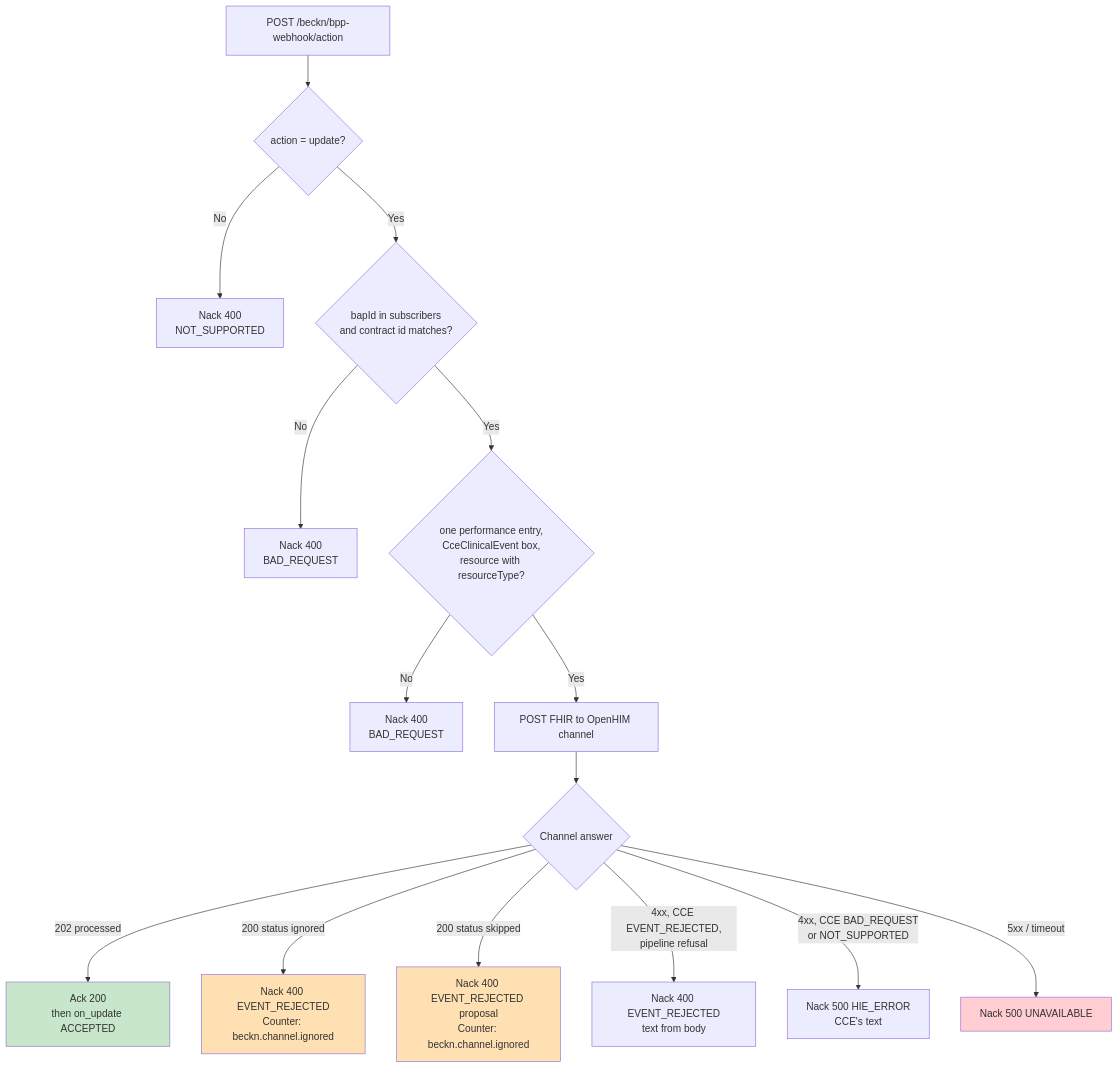
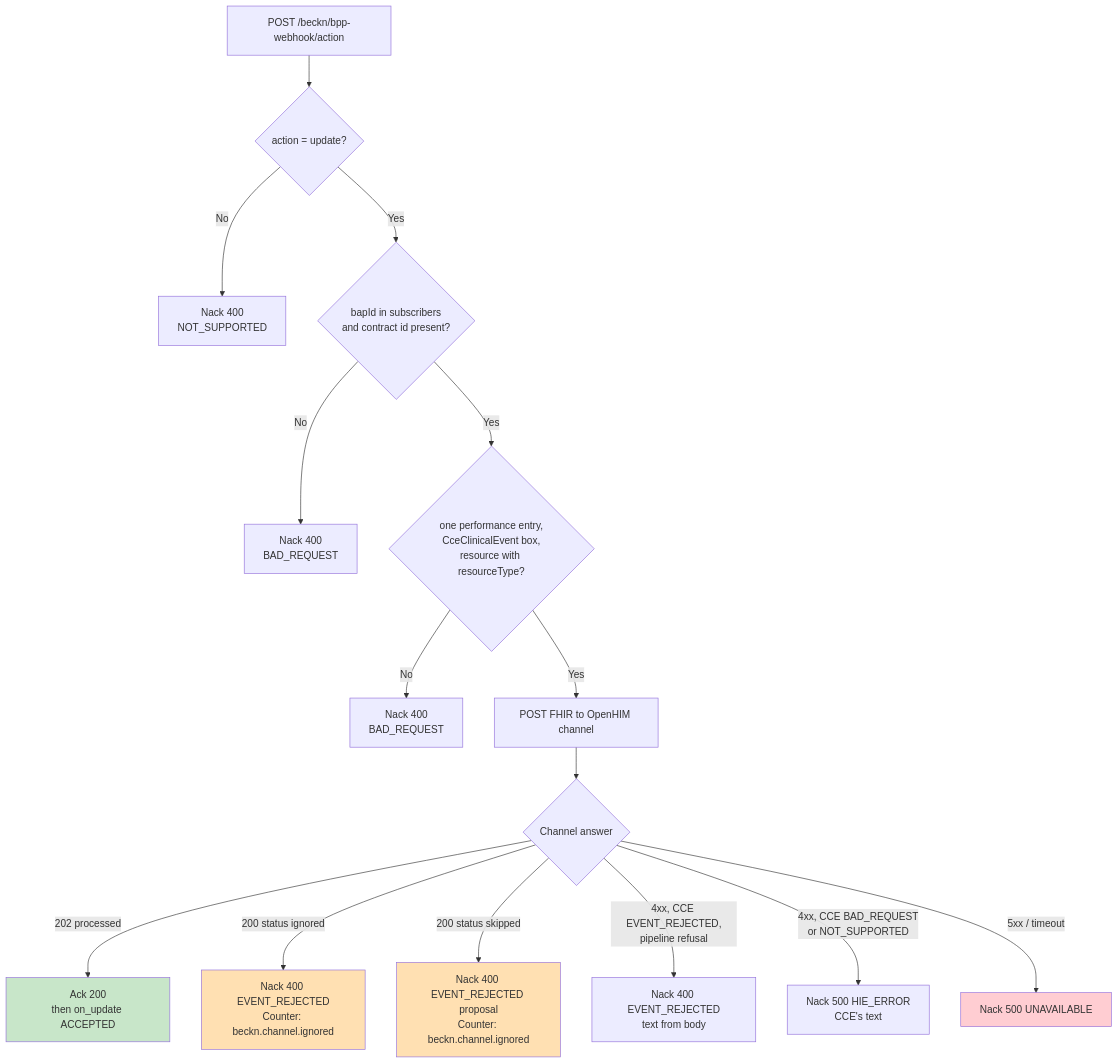
The tenth of 12 diagrams in docs/flow-diagrams.md (openphc/openhim-cce-emitter-adaptor), drawn with Mermaid before and after one commit. The commit also changed other lines of this file and 17 other files, not shown here.

````diff
--- a/docs/flow-diagrams.md
+++ b/docs/flow-diagrams.md
@@ -426,22 +426,22 @@
 ```mermaid
 flowchart TD
     A[POST /beckn/bpp-webhook/action] --> B{action = update?}
     B -->|No| N0[Nack 400<br/>NOT_SUPPORTED]
-    B -->|Yes| C{bapId in subscribers<br/>and contract id matches?}
+    B -->|Yes| C{bapId in subscribers<br/>and contract id present?}
     C -->|No| N1[Nack 400<br/>BAD_REQUEST]
     C -->|Yes| D{one performance entry,<br/>CceClinicalEvent box,<br/>resource with resourceType?}
     D -->|No| N2[Nack 400<br/>BAD_REQUEST]
     D -->|Yes| E[POST FHIR to OpenHIM channel]
     E --> F{Channel answer}
     F -->|202 processed| ACK[Ack 200<br/>then on_update ACCEPTED]
     F -->|200 status ignored| N3[Nack 400 EVENT_REJECTED<br/>Counter: beckn.channel.ignored]
     F -->|200 status skipped| N4[Nack 400 EVENT_REJECTED proposal<br/>Counter: beckn.channel.ignored]
     F -->|4xx, CCE EVENT_REJECTED,<br/>pipeline refusal| N5[Nack 400 EVENT_REJECTED<br/>text from body]
     F -->|4xx, CCE BAD_REQUEST<br/>or NOT_SUPPORTED| N6[Nack 500 HIE_ERROR<br/>CCE's text]
     F -->|5xx / timeout| S[Nack 500 UNAVAILABLE]
 
     style ACK fill:#c8e6c9
     style N3 fill:#ffe0b2
     style N4 fill:#ffe0b2
     style S fill:#ffcdd2
 ```
````
